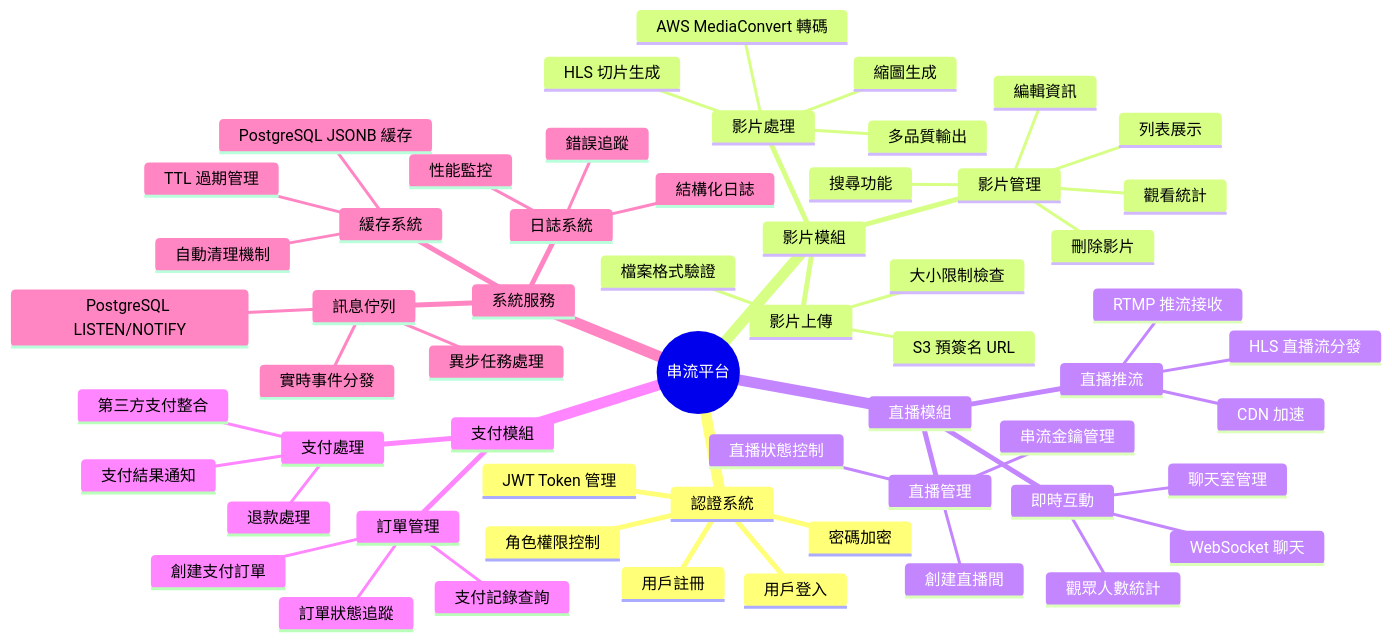
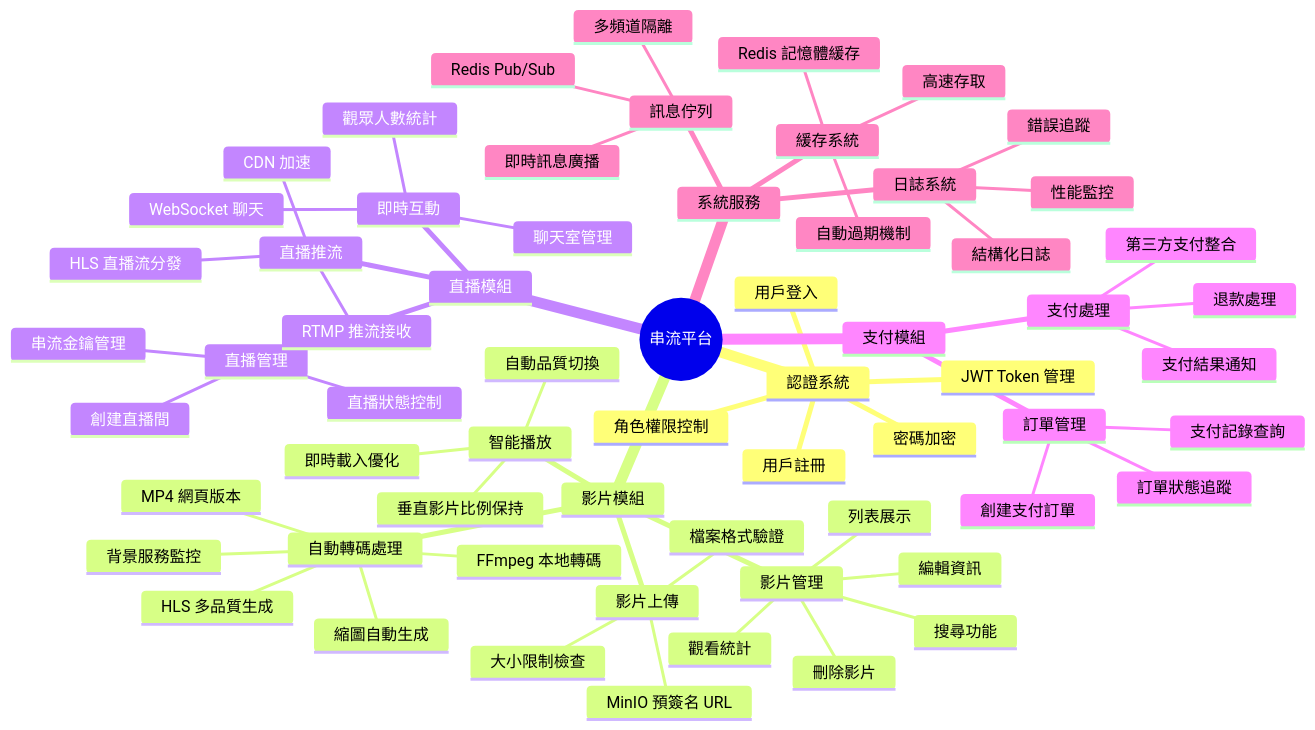
Before and after one commit to mike504110403/stream-demo: the seventh of 16 diagrams in README.md, drawn with Mermaid. The commit also changed other lines of this file and 75 other files, not shown here.

````diff
--- a/README.md
+++ b/README.md
@@ -262,61 +456,66 @@
 ```mermaid
 mindmap
   root((串流平台))
     認證系統
       用戶註冊
       用戶登入
       JWT Token 管理
       角色權限控制
       密碼加密
     影片模組
       影片上傳
-        S3 預簽名 URL
+        MinIO 預簽名 URL
         檔案格式驗證
         大小限制檢查
-      影片處理
-        AWS MediaConvert 轉碼
-        HLS 切片生成
-        多品質輸出
-        縮圖生成
+      自動轉碼處理
+        背景服務監控
+        FFmpeg 本地轉碼
+        HLS 多品質生成
+        MP4 網頁版本
+        縮圖自動生成
       影片管理
         列表展示
         搜尋功能
         編輯資訊
         刪除影片
         觀看統計
+      智能播放
+        自動品質切換
+        垂直影片比例保持
+        即時載入優化
     直播模組
       直播管理
         創建直播間
         串流金鑰管理
         直播狀態控制
       即時互動
         WebSocket 聊天
         觀眾人數統計
         聊天室管理
       直播推流
         RTMP 推流接收
         HLS 直播流分發
         CDN 加速
     支付模組
       訂單管理
         創建支付訂單
         訂單狀態追蹤
         支付記錄查詢
       支付處理
         第三方支付整合
         支付結果通知
         退款處理
     系統服務
       緩存系統
-        PostgreSQL JSONB 緩存
-        TTL 過期管理
-        自動清理機制
+        Redis 記憶體緩存
+        自動過期機制
+        高速存取
       訊息佇列
-        PostgreSQL LISTEN/NOTIFY
-        異步任務處理
-        實時事件分發
+        Redis Pub/Sub
+        即時訊息廣播
+        多頻道隔離
       日誌系統
         結構化日誌
         錯誤追蹤
         性能監控
 ```
````
